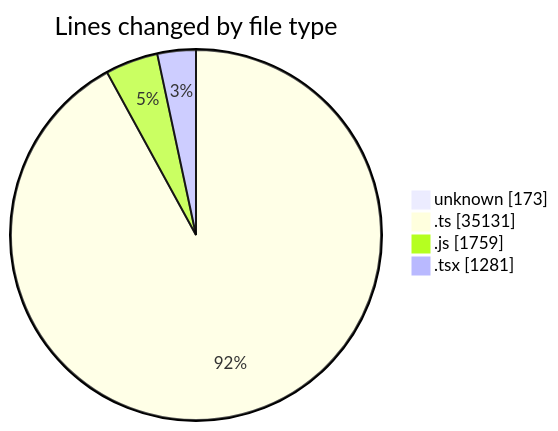
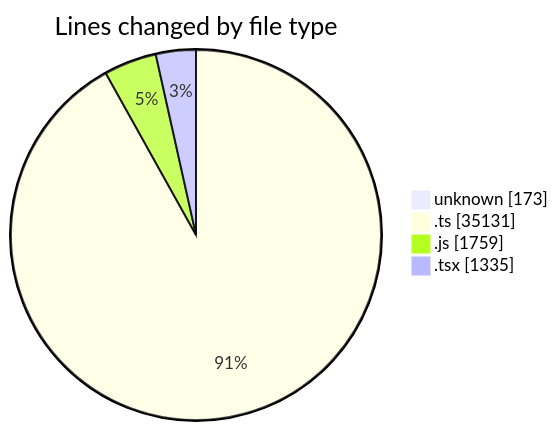
One commit to momahboobian/code-tracking changed the first of 2 diagrams in 2026-08-24/cda/README.md. Above: the diagram before and after it, drawn with Mermaid. The commit also changed other lines of this file and 1 other file, not shown here.

````diff
--- a/2026-08-24/cda/README.md
+++ b/2026-08-24/cda/README.md
@@ -42,8 +42,8 @@
 ```mermaid
 pie showData
 title Lines changed by file type
 "unknown" : 173
 ".ts" : 35131
 ".js" : 1759
-".tsx" : 1281
+".tsx" : 1335
 ```
````
